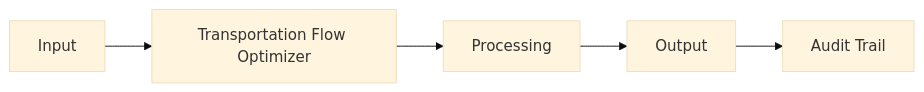
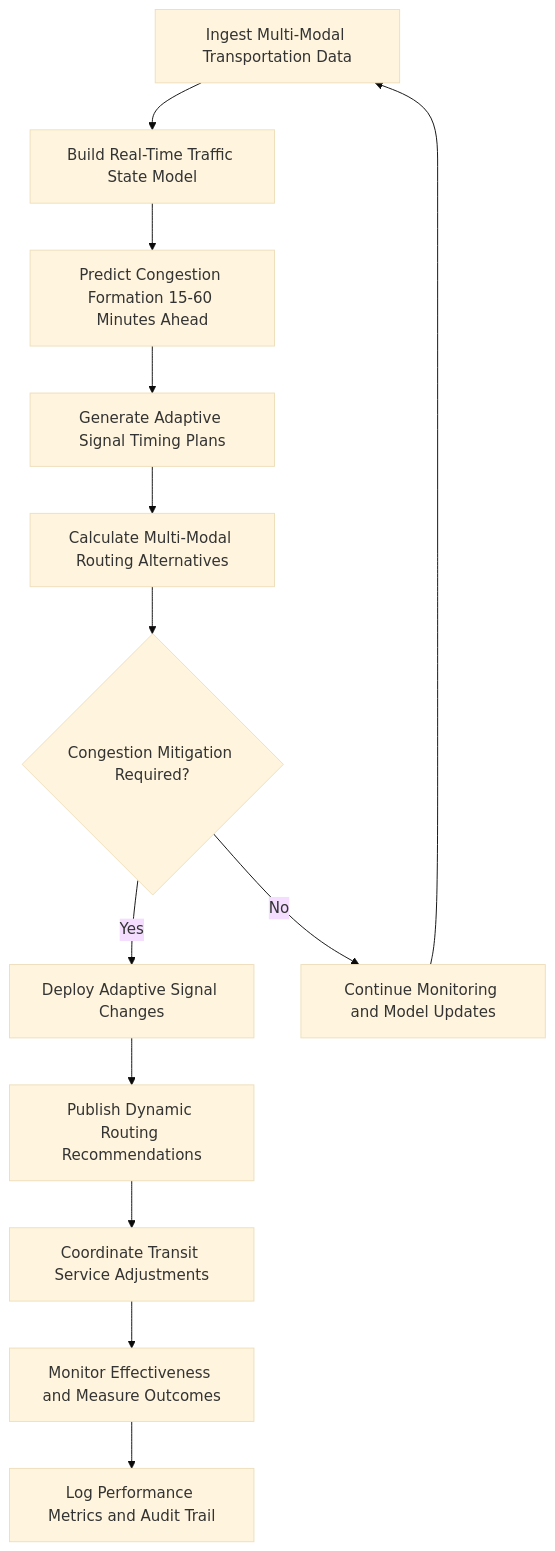
The diagram in docs/audiences/03-critical-infrastructure/transportation-flow-optimizer.mdx (andrew-leo-2024/marketplace-docs), drawn with Mermaid (base theme) before and after one commit. The commit also changed other lines of this file and 401 other files, not shown here.

````diff
--- a/docs/audiences/03-critical-infrastructure/transportation-flow-optimizer.mdx
+++ b/docs/audiences/03-critical-infrastructure/transportation-flow-optimizer.mdx
@@ -29,7 +35,15 @@
 ```mermaid
-graph LR
-    A[Input] --> B[Transportation Flow Optimizer]
-    B --> C[Processing]
-    C --> D[Output]
-    D --> E[Audit Trail]
+graph TD
+    A[Ingest Multi-Modal Transportation Data] --> B[Build Real-Time Traffic State Model]
+    B --> C[Predict Congestion Formation 15-60 Minutes Ahead]
+    C --> D[Generate Adaptive Signal Timing Plans]
+    D --> E[Calculate Multi-Modal Routing Alternatives]
+    E --> F{Congestion Mitigation Required?}
+    F -->|Yes| G[Deploy Adaptive Signal Changes]
+    F -->|No| H[Continue Monitoring and Model Updates]
+    G --> I[Publish Dynamic Routing Recommendations]
+    I --> J[Coordinate Transit Service Adjustments]
+    J --> K[Monitor Effectiveness and Measure Outcomes]
+    K --> L[Log Performance Metrics and Audit Trail]
+    H --> A
 ```
````
